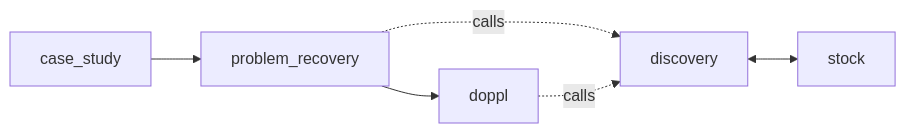
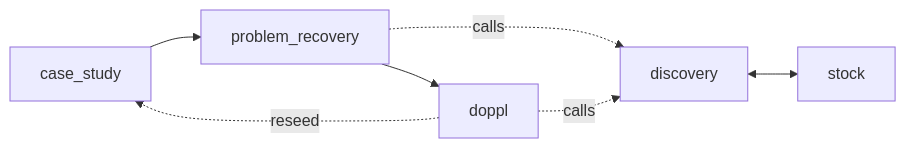
One commit to Doppl-Life/doppl-prime changed the diagram in my-docs/the-hut/PROPOSAL.md. Above: the diagram before and after it, drawn with Mermaid. The commit also changed other lines of this file and 19 other files, not shown here.

````diff
--- a/my-docs/the-hut/PROPOSAL.md
+++ b/my-docs/the-hut/PROPOSAL.md
@@ -5,7 +5,8 @@
 ```mermaid
 flowchart LR
   cs[case_study] --> pr[problem_recovery] --> dp[doppl]
+  dp -. reseed .-> cs
   pr -. calls .-> disc[discovery]
   dp -. calls .-> disc
   disc <--> stock[stock]
 ```
````
